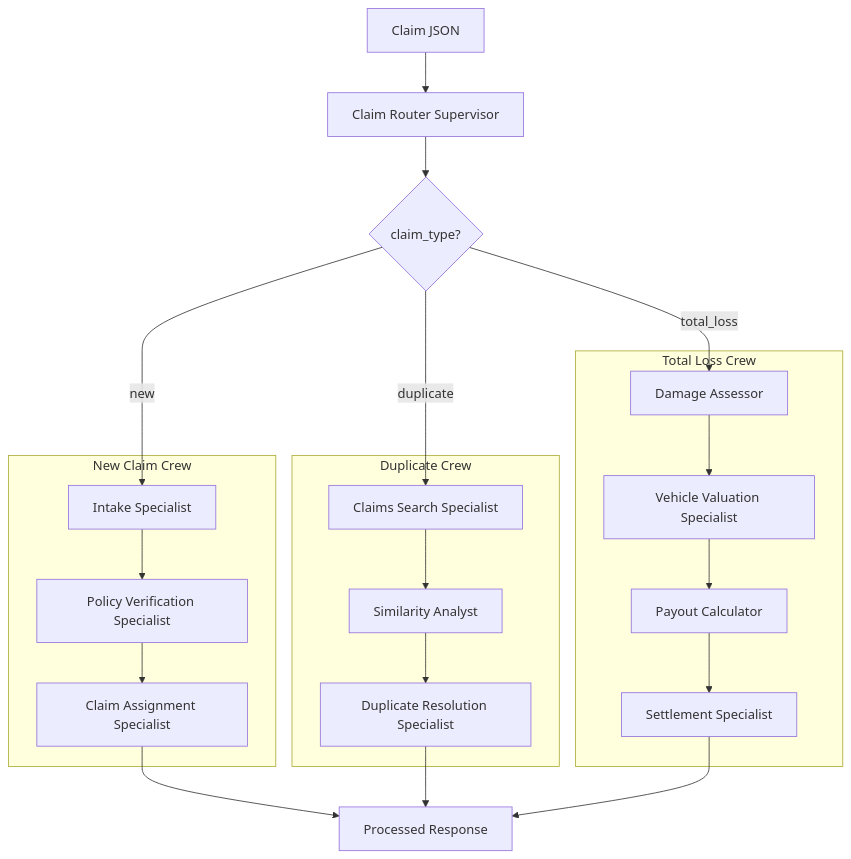
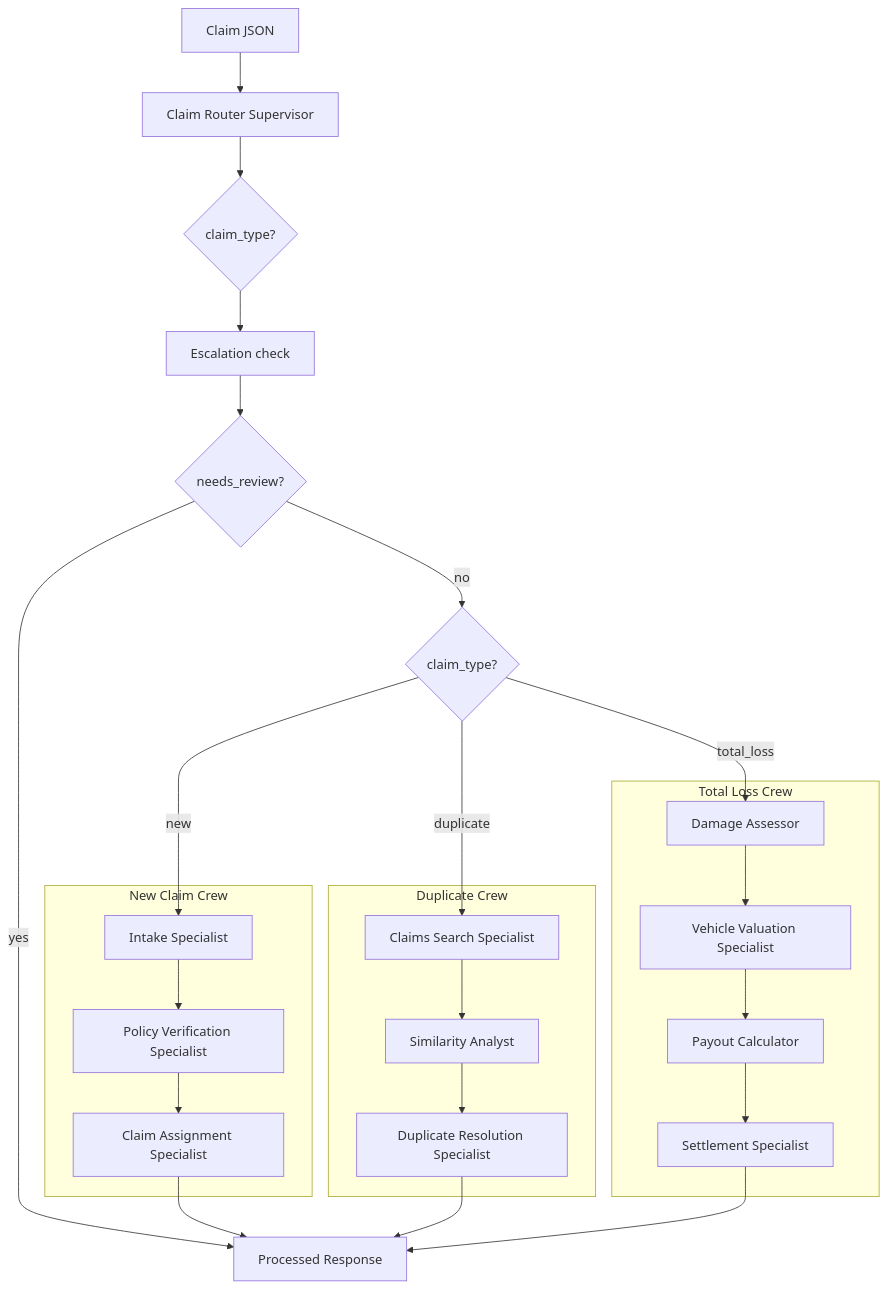
One commit to csmangum/auto-agent changed the diagram in README.md. Above: the diagram before and after it, drawn with Mermaid. The commit also changed other lines of this file and 12 other files, not shown here.

First line of the commit message:
Implement escalation feature for human-in-the-loop (HITL) review in claim processing

````diff
--- a/README.md
+++ b/README.md
@@ -15,34 +16,38 @@
 ```mermaid
 flowchart TB
     A[Claim JSON] --> B[Claim Router Supervisor]
     B --> C{claim_type?}
+    C --> D[Escalation check]
+    D --> E{needs_review?}
+    E -->|yes| G[Processed Response]
+    E -->|no| H{claim_type?}
 
     subgraph New["New Claim Crew"]
         D1[Intake Specialist]
         D2[Policy Verification Specialist]
         D3[Claim Assignment Specialist]
         D1 --> D2 --> D3
     end
 
     subgraph Dup["Duplicate Crew"]
         E1[Claims Search Specialist]
         E2[Similarity Analyst]
         E3[Duplicate Resolution Specialist]
         E1 --> E2 --> E3
     end
 
     subgraph Total["Total Loss Crew"]
         F1[Damage Assessor]
         F2[Vehicle Valuation Specialist]
         F3[Payout Calculator]
         F4[Settlement Specialist]
         F1 --> F2 --> F3 --> F4
     end
 
-    C -->|new| D1
-    C -->|duplicate| E1
-    C -->|total_loss| F1
-    D3 --> G[Processed Response]
+    H -->|new| D1
+    H -->|duplicate| E1
+    H -->|total_loss| F1
+    D3 --> G
     E3 --> G
     F4 --> G
 ```
````
